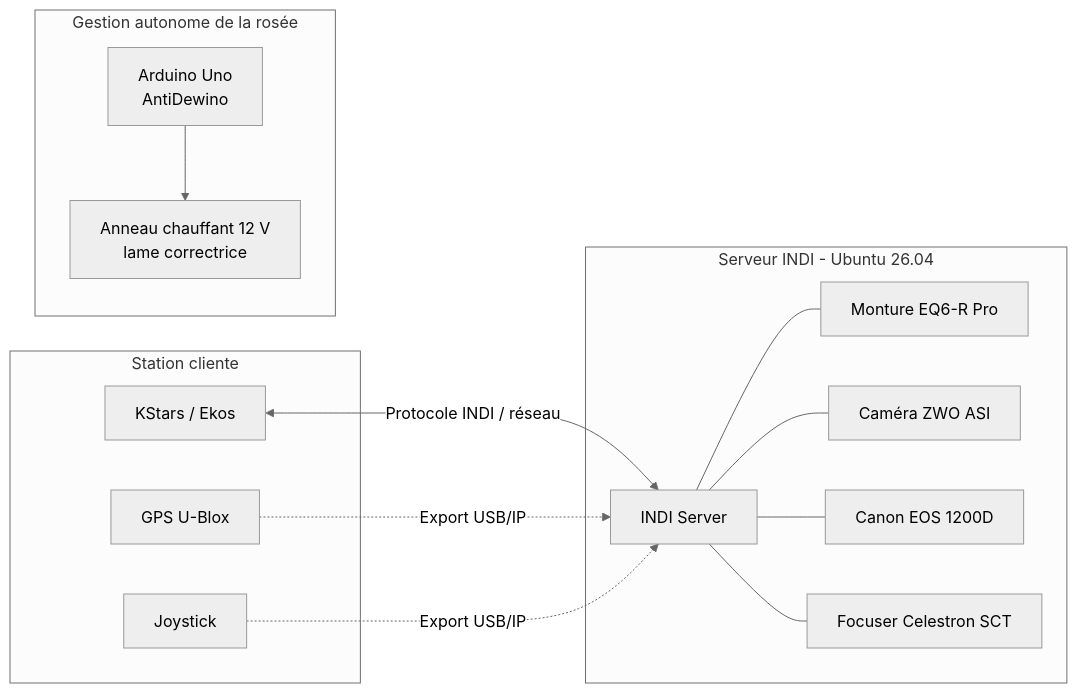
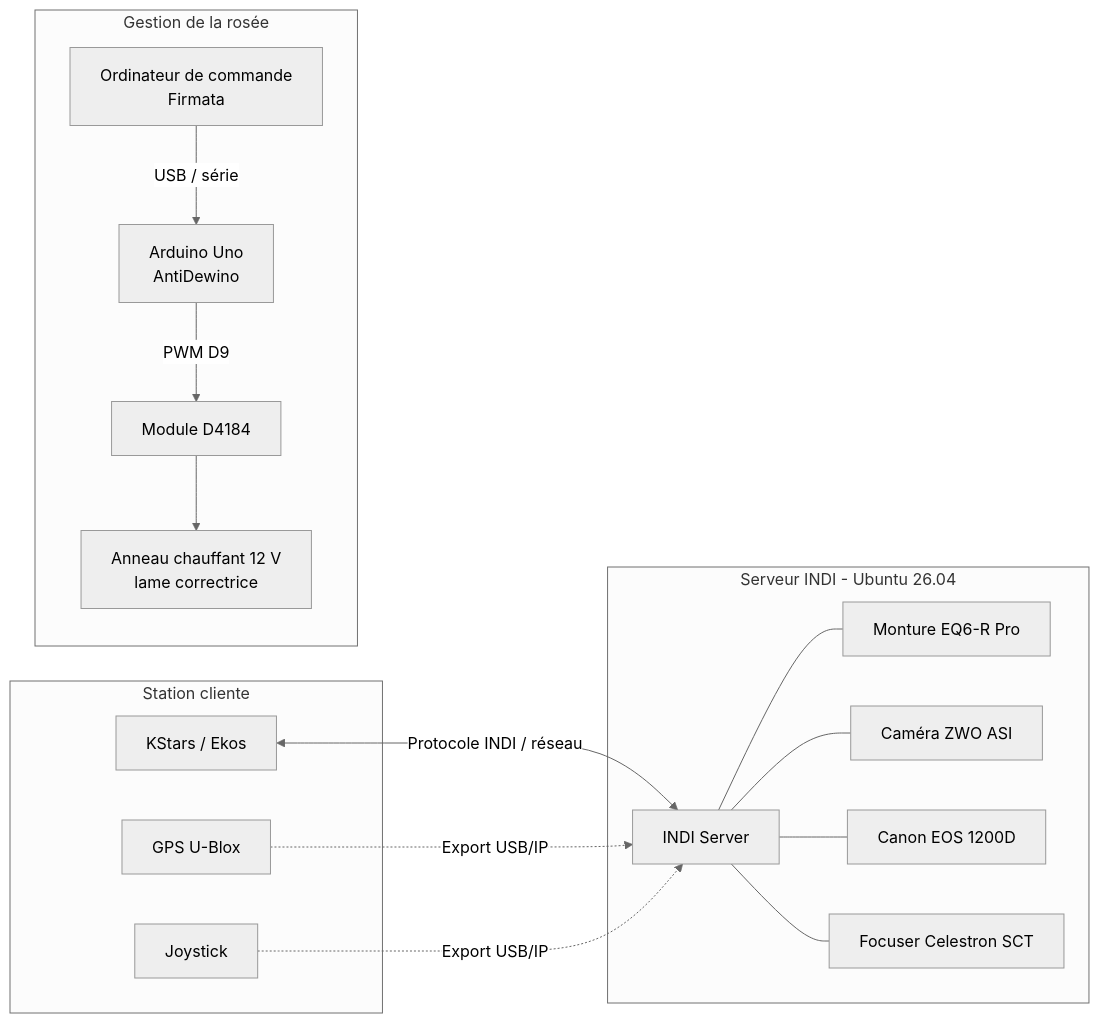
Before and after one commit to CosmicExplorator/cosmicexplorator.github.io: the diagram in content/astronomie/configuration/architecture.md, drawn with Mermaid (neutral theme). The commit also changed other lines of this file and 4 other files, not shown here.

```diff
--- a/content/astronomie/configuration/architecture.md
+++ b/content/astronomie/configuration/architecture.md
@@ -9,31 +9,35 @@
 {{< mermaid >}}
 flowchart LR
     subgraph CLIENT["Station cliente"]
         K["KStars / Ekos"]
         G["GPS U-Blox"]
         J["Joystick"]
     end
 
     subgraph SERVER["Serveur INDI - Ubuntu 26.04"]
         I["INDI Server"]
         M["Monture EQ6-R Pro"]
         Z["Caméra ZWO ASI"]
         C["Canon EOS 1200D"]
         F["Focuser Celestron SCT"]
     end
 
-    subgraph DEW["Gestion autonome de la rosée"]
+    subgraph DEW["Gestion de la rosée"]
+        H["Ordinateur de commande<br/>Firmata"]
         A["Arduino Uno<br/>AntiDewino"]
+        D["Module D4184"]
         R["Anneau chauffant 12 V<br/>lame correctrice"]
     end
 
     K <-->|"Protocole INDI / réseau"| I
     G -. "Export USB/IP" .-> I
     J -. "Export USB/IP" .-> I
 
     I --- M
     I --- Z
     I --- C
     I --- F
-    A --> R
+    H -->|"USB / série"| A
+    A -->|"PWM D9"| D
+    D --> R
 {{< /mermaid >}}
```
